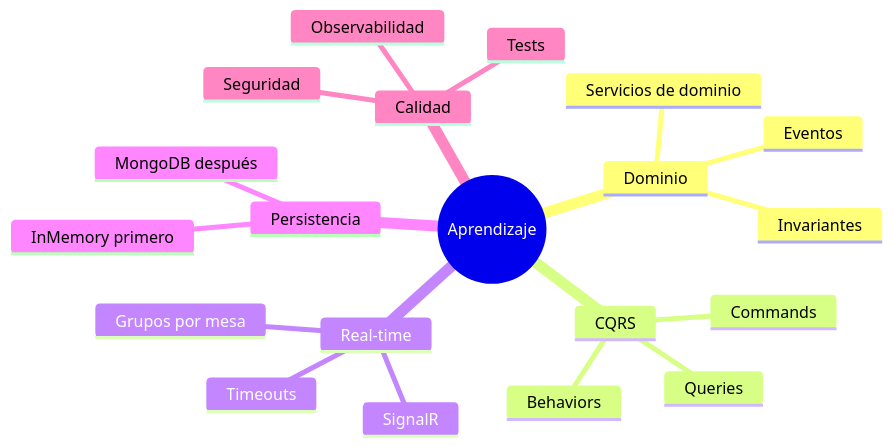
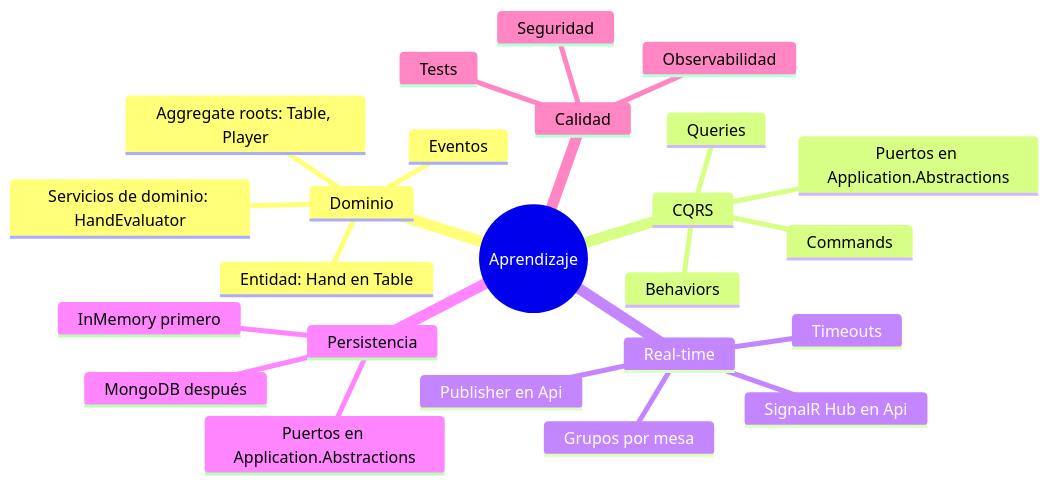
The sixth of 6 diagrams in ROADMAP.md (MarcSastreViB/pocker), drawn with Mermaid before and after one commit. The commit also changed other lines of this file, not shown here.

First line of the commit message:
Actualizar ROADMAP con revisiones y detalles adicionales

````diff
--- a/ROADMAP.md
+++ b/ROADMAP.md
@@ -392,23 +437,27 @@
 ```mermaid
 mindmap
   root((Aprendizaje))
     Dominio
-      Invariantes
+      Aggregate roots: Table, Player
+      Entidad: Hand en Table
       Eventos
-      Servicios de dominio
+      Servicios de dominio: HandEvaluator
     CQRS
       Commands
       Queries
       Behaviors
+      Puertos en Application.Abstractions
     Real-time
-      SignalR
+      SignalR Hub en Api
+      Publisher en Api
       Grupos por mesa
       Timeouts
     Persistencia
+      Puertos en Application.Abstractions
       InMemory primero
       MongoDB después
     Calidad
       Tests
       Observabilidad
       Seguridad
 ```
````
